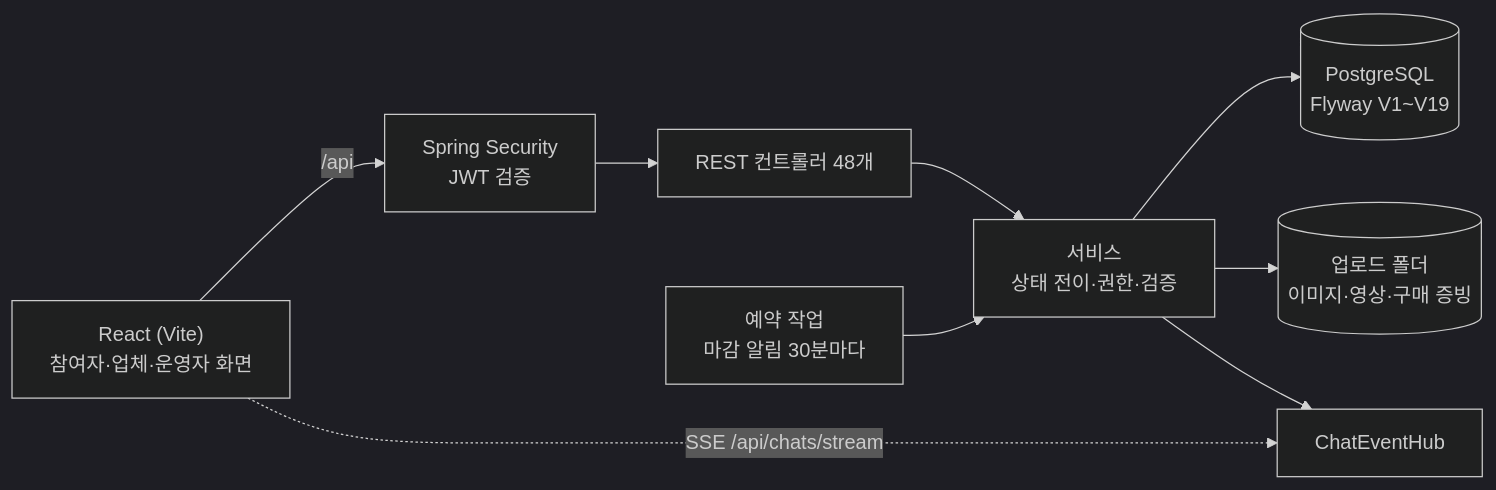
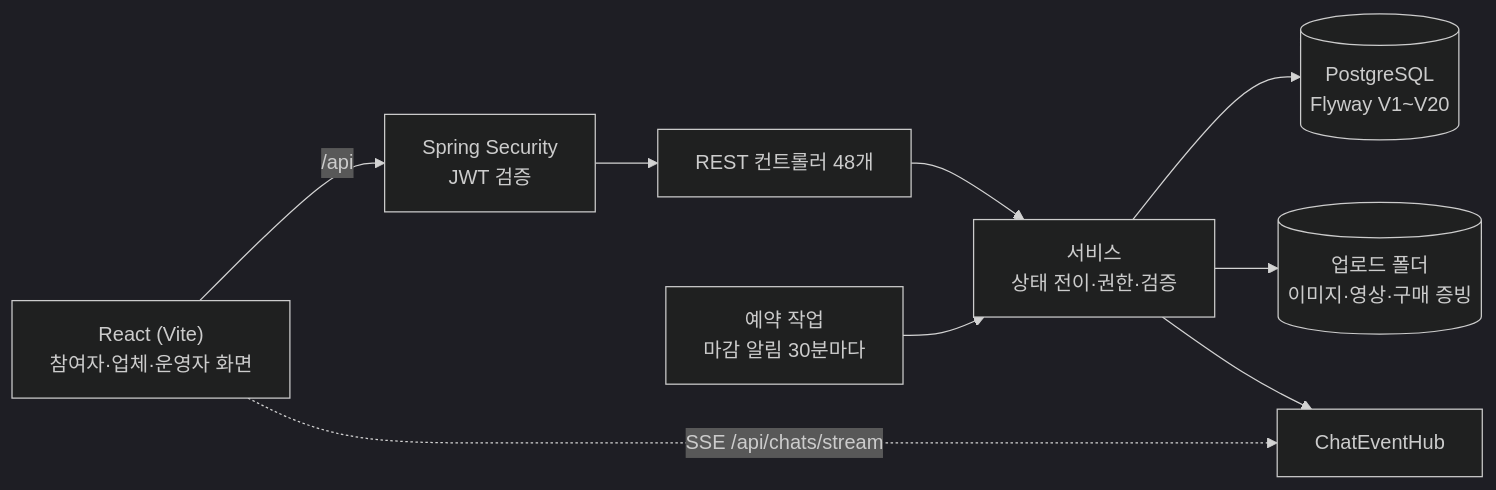
Before and after one commit to yoo-jin-k/movrit-backend: the first of 2 diagrams in README.md, drawn with Mermaid (dark theme). The commit also changed other lines of this file and 17 other files, not shown here.

````diff
--- a/README.md
+++ b/README.md
@@ -73,10 +73,10 @@
 ```mermaid
 flowchart LR
   FE["React (Vite)<br/>참여자·업체·운영자 화면"] -- "/api" --> SEC["Spring Security<br/>JWT 검증"]
   FE -. "SSE /api/chats/stream" .-> CHAT["ChatEventHub"]
   SEC --> API["REST 컨트롤러 48개"] --> SVC["서비스<br/>상태 전이·권한·검증"]
-  SVC --> DB[("PostgreSQL<br/>Flyway V1~V19")]
+  SVC --> DB[("PostgreSQL<br/>Flyway V1~V20")]
   SVC --> FS[("업로드 폴더<br/>이미지·영상·구매 증빙")]
   SVC --> CHAT
   JOB["예약 작업<br/>마감 알림 30분마다"] --> SVC
 ```
````
